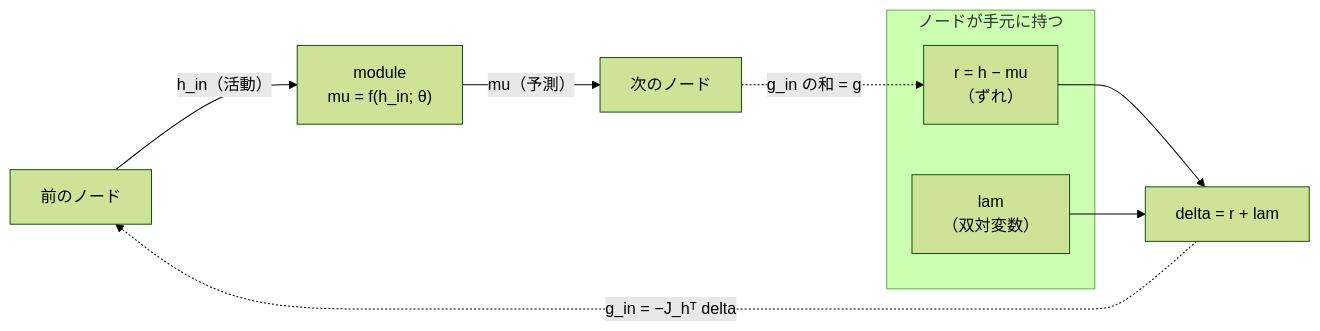
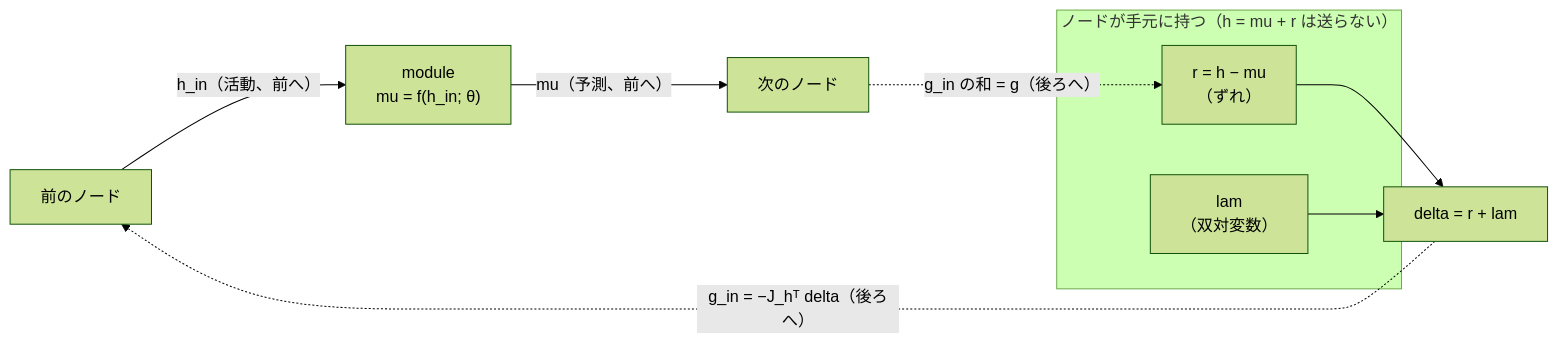
One commit to Geson-anko/mujou changed the first of 4 diagrams in docs/ja/topics/pc-concepts.md. Above: the diagram before and after it, drawn with Mermaid (forest theme). The commit also changed other lines of this file and 49 other files, not shown here.

````diff
--- a/docs/ja/topics/pc-concepts.md
+++ b/docs/ja/topics/pc-concepts.md
@@ -36,13 +19,13 @@
 ```mermaid
 flowchart LR
-    PREV["前のノード"] -->|"h_in（活動）"| F["module<br/>mu = f(h_in; θ)"]
-    F -->|"mu（予測）"| NEXT["次のノード"]
-    subgraph HOLD["ノードが手元に持つ"]
+    PREV["前のノード"] -->|"h_in（活動、前へ）"| F["module<br/>mu = f(h_in; θ)"]
+    F -->|"mu（予測、前へ）"| NEXT["次のノード"]
+    subgraph HOLD["ノードが手元に持つ（h = mu + r は送らない）"]
         R["r = h − mu<br/>（ずれ）"]
         LAM["lam<br/>（双対変数）"]
     end
-    NEXT -.->|"g_in の和 = g"| R
+    NEXT -.->|"g_in の和 = g（後ろへ）"| R
     R --> D["delta = r + lam"]
     LAM --> D
-    D -.->|"g_in = −J_hᵀ delta"| PREV
+    D -.->|"g_in = −J_hᵀ delta（後ろへ）"| PREV
 ```
````
